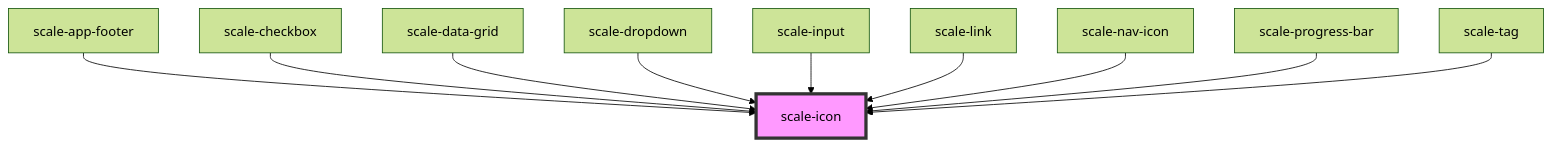
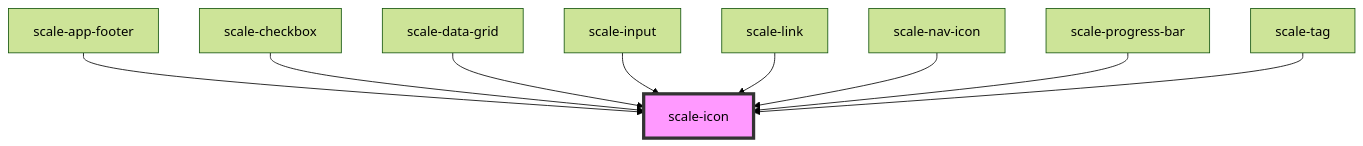
The diagram in packages/components/src/components/icon/readme.md (gaurishkamat/scale), drawn with Mermaid (forest theme) before and after one commit. The commit also changed other lines of this file and 18 other files, not shown here.

Commit message:
refactor(dropdown): update icon handling

````diff
--- a/packages/components/src/components/icon/readme.md
+++ b/packages/components/src/components/icon/readme.md
@@ -37,13 +36,12 @@
 ```mermaid
 graph TD;
   scale-app-footer --> scale-icon
   scale-checkbox --> scale-icon
   scale-data-grid --> scale-icon
-  scale-dropdown --> scale-icon
   scale-input --> scale-icon
   scale-link --> scale-icon
   scale-nav-icon --> scale-icon
   scale-progress-bar --> scale-icon
   scale-tag --> scale-icon
   style scale-icon fill:#f9f,stroke:#333,stroke-width:4px
 ```
````
